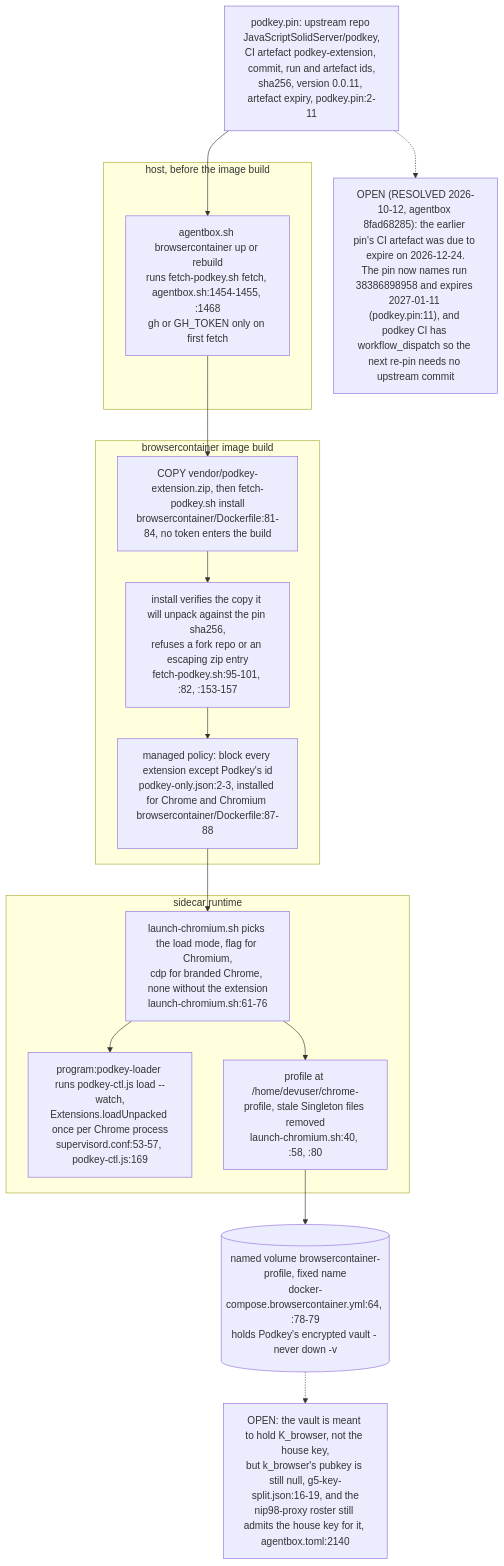
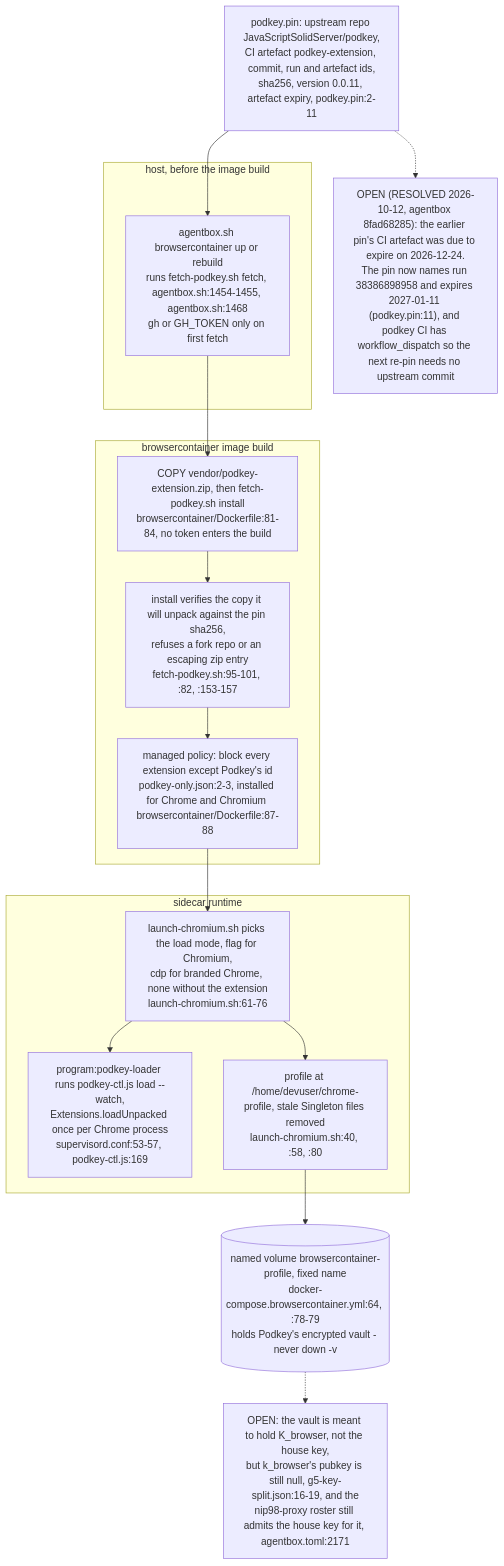
One commit to DreamLab-AI/VisionFlow changed diagram 12 of 14 in docs/diagrams/agentbox/06-sidecars-and-compose-overlays.md. Above: the diagram before and after it, drawn with Mermaid. The commit also changed other lines of this file and 7 other files, not shown here.

````diff
--- a/docs/diagrams/agentbox/06-sidecars-and-compose-overlays.md
+++ b/docs/diagrams/agentbox/06-sidecars-and-compose-overlays.md
@@ -347,22 +348,22 @@
 ```mermaid
 flowchart TB
     PIN["podkey.pin: upstream repo JavaScriptSolidServer/podkey,<br/>CI artefact podkey-extension, commit, run and artefact ids,<br/>sha256, version 0.0.11, artefact expiry, podkey.pin:2-11"]
     subgraph HOST["host, before the image build"]
-        F1["agentbox.sh browsercontainer up or rebuild<br/>runs fetch-podkey.sh fetch, agentbox.sh:1454-1455, :1468<br/>gh or GH_TOKEN only on first fetch"]
+        F1["agentbox.sh browsercontainer up or rebuild<br/>runs fetch-podkey.sh fetch, agentbox.sh:1454-1455, agentbox.sh:1468<br/>gh or GH_TOKEN only on first fetch"]
     end
     subgraph IMG["browsercontainer image build"]
         D1["COPY vendor/podkey-extension.zip, then fetch-podkey.sh install<br/>browsercontainer/Dockerfile:81-84, no token enters the build"]
         D2["install verifies the copy it will unpack against the pin sha256,<br/>refuses a fork repo or an escaping zip entry<br/>fetch-podkey.sh:95-101, :82, :153-157"]
         D3["managed policy: block every extension except Podkey's id<br/>podkey-only.json:2-3, installed for Chrome and Chromium browsercontainer/Dockerfile:87-88"]
     end
     subgraph RUN["sidecar runtime"]
         L1["launch-chromium.sh picks the load mode, flag for Chromium,<br/>cdp for branded Chrome, none without the extension<br/>launch-chromium.sh:61-76"]
         L2["program:podkey-loader runs podkey-ctl.js load --watch,<br/>Extensions.loadUnpacked once per Chrome process<br/>supervisord.conf:53-57, podkey-ctl.js:169"]
         L3["profile at /home/devuser/chrome-profile, stale Singleton files removed<br/>launch-chromium.sh:40, :58, :80"]
     end
     VOL[("named volume browsercontainer-profile, fixed name<br/>docker-compose.browsercontainer.yml:64, :78-79<br/>holds Podkey's encrypted vault - never down -v")]
     PIN --> F1 --> D1 --> D2 --> D3 --> L1 --> L2
     L1 --> L3 --> VOL
-    VOL -.-> OPEN1["OPEN: the vault is meant to hold K_browser, not the house key,<br/>but k_browser's pubkey is still null, g5-key-split.json:16-19, and the<br/>nip98-proxy roster still admits the house key for it, agentbox.toml:2140"]
+    VOL -.-> OPEN1["OPEN: the vault is meant to hold K_browser, not the house key,<br/>but k_browser's pubkey is still null, g5-key-split.json:16-19, and the<br/>nip98-proxy roster still admits the house key for it, agentbox.toml:2171"]
     PIN -.-> OPEN2["OPEN (RESOLVED 2026-10-12, agentbox 8fad68285): the earlier pin's CI artefact was due to expire on 2026-12-24.<br/>The pin now names run 38386898958 and expires 2027-01-11 (podkey.pin:11), and podkey CI has workflow_dispatch so the next re-pin needs no upstream commit"]
 ```
````
